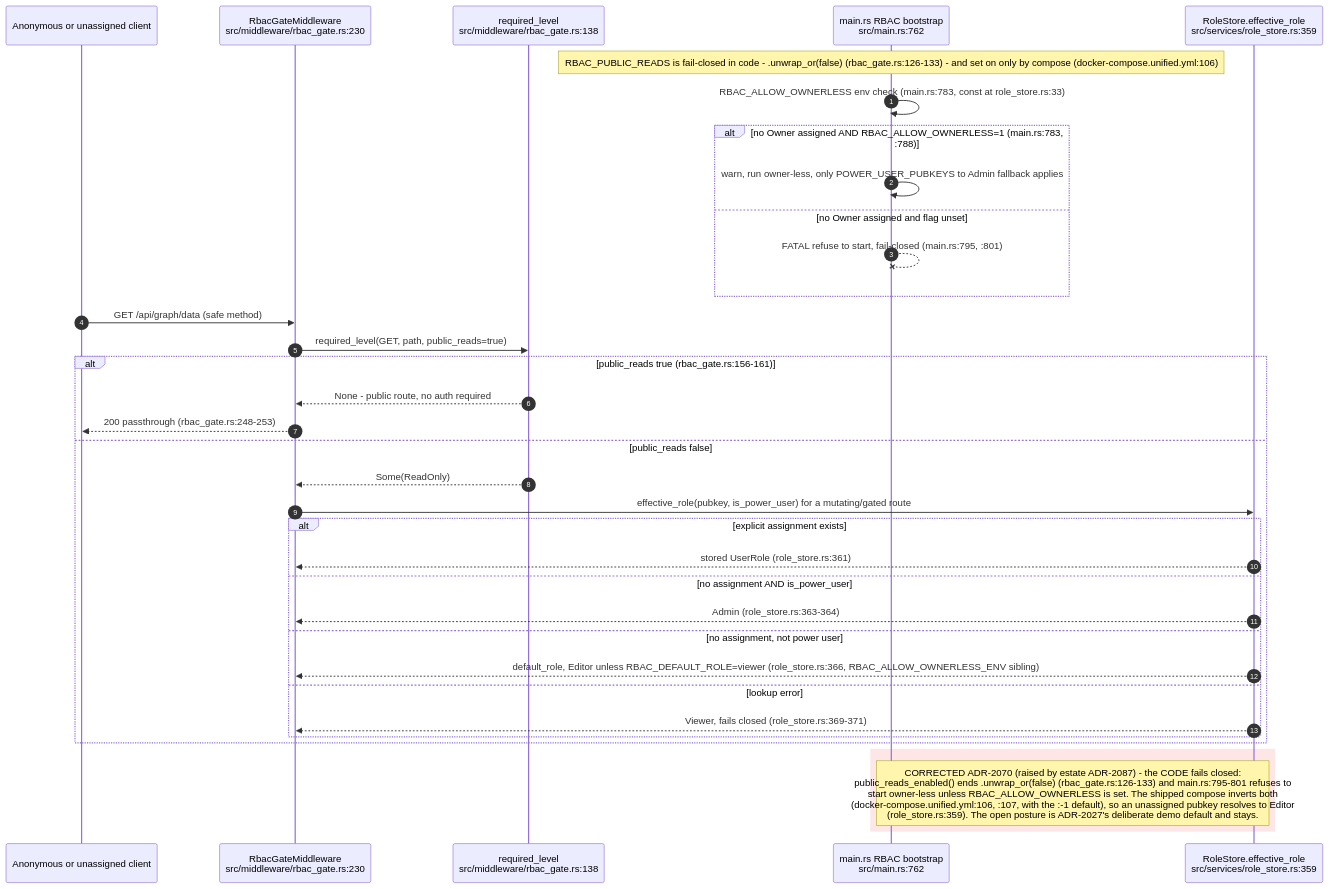
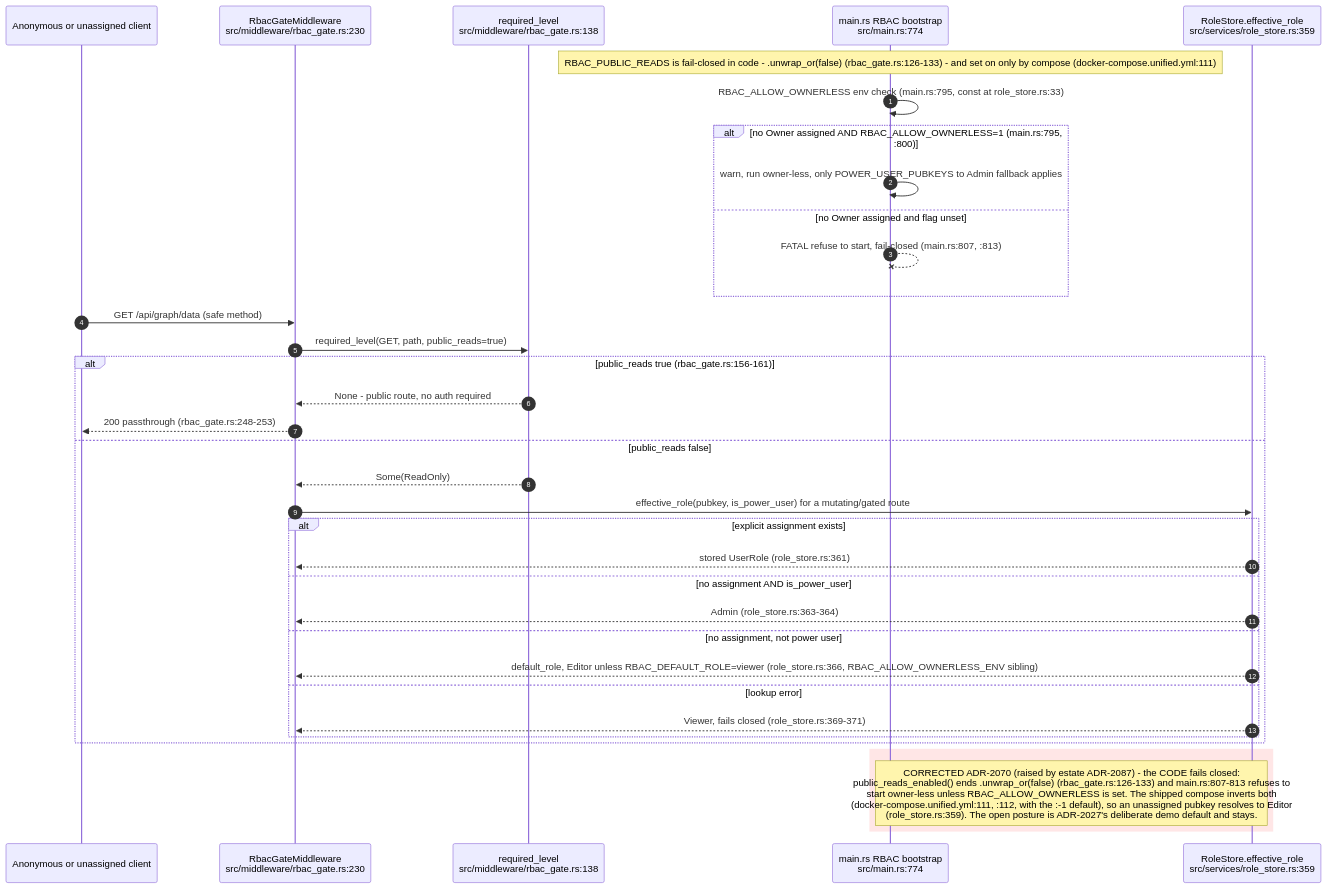
Before and after one commit to DreamLab-AI/VisionFlow: the ninth of 11 diagrams in docs/diagrams/visionclaw/22-data-authority-provenance-erasure.md, drawn with Mermaid. The commit also changed other lines of this file and 26 other files, not shown here.

First line of the commit message:
docs(diagrams): re-verify solid-pod-rs, nostr-rust-forum and visionclaw 22/36 against HEAD

````diff
--- a/docs/diagrams/visionclaw/22-data-authority-provenance-erasure.md
+++ b/docs/diagrams/visionclaw/22-data-authority-provenance-erasure.md
@@ -382,38 +386,38 @@
 ```mermaid
 sequenceDiagram
     autonumber
     participant C as Anonymous or unassigned client
     participant GATE as RbacGateMiddleware<br/>src/middleware/rbac_gate.rs:230
     participant REQ as required_level<br/>src/middleware/rbac_gate.rs:138
-    participant BOOT as main.rs RBAC bootstrap<br/>src/main.rs:762
+    participant BOOT as main.rs RBAC bootstrap<br/>src/main.rs:774
     participant RS as RoleStore.effective_role<br/>src/services/role_store.rs:359
 
-    Note over BOOT: RBAC_PUBLIC_READS is fail-closed in code - .unwrap_or(false) (rbac_gate.rs:126-133) - and set on only by compose (docker-compose.unified.yml:106)
-    BOOT->>BOOT: RBAC_ALLOW_OWNERLESS env check (main.rs:783, const at role_store.rs:33)
-    alt no Owner assigned AND RBAC_ALLOW_OWNERLESS=1 (main.rs:783, :788)
+    Note over BOOT: RBAC_PUBLIC_READS is fail-closed in code - .unwrap_or(false) (rbac_gate.rs:126-133) - and set on only by compose (docker-compose.unified.yml:111)
+    BOOT->>BOOT: RBAC_ALLOW_OWNERLESS env check (main.rs:795, const at role_store.rs:33)
+    alt no Owner assigned AND RBAC_ALLOW_OWNERLESS=1 (main.rs:795, :800)
         BOOT->>BOOT: warn, run owner-less, only POWER_USER_PUBKEYS to Admin fallback applies
     else no Owner assigned and flag unset
-        BOOT--xBOOT: FATAL refuse to start, fail-closed (main.rs:795, :801)
+        BOOT--xBOOT: FATAL refuse to start, fail-closed (main.rs:807, :813)
     end
     C->>GATE: GET /api/graph/data (safe method)
     GATE->>REQ: required_level(GET, path, public_reads=true)
     alt public_reads true (rbac_gate.rs:156-161)
         REQ-->>GATE: None - public route, no auth required
         GATE-->>C: 200 passthrough (rbac_gate.rs:248-253)
     else public_reads false
         REQ-->>GATE: Some(ReadOnly)
         GATE->>RS: effective_role(pubkey, is_power_user) for a mutating/gated route
         alt explicit assignment exists
             RS-->>GATE: stored UserRole (role_store.rs:361)
         else no assignment AND is_power_user
             RS-->>GATE: Admin (role_store.rs:363-364)
         else no assignment, not power user
             RS-->>GATE: default_role, Editor unless RBAC_DEFAULT_ROLE=viewer (role_store.rs:366, RBAC_ALLOW_OWNERLESS_ENV sibling)
         else lookup error
             RS-->>GATE: Viewer, fails closed (role_store.rs:369-371)
         end
     end
     rect rgb(255, 230, 230)
-    Note over BOOT,RS: CORRECTED ADR-2070 (raised by estate ADR-2087) - the CODE fails closed:<br/>public_reads_enabled() ends .unwrap_or(false) (rbac_gate.rs:126-133) and main.rs:795-801 refuses to<br/>start owner-less unless RBAC_ALLOW_OWNERLESS is set. The shipped compose inverts both<br/>(docker-compose.unified.yml:106, :107, with the :-1 default), so an unassigned pubkey resolves to Editor<br/>(role_store.rs:359). The open posture is ADR-2027's deliberate demo default and stays.
+    Note over BOOT,RS: CORRECTED ADR-2070 (raised by estate ADR-2087) - the CODE fails closed:<br/>public_reads_enabled() ends .unwrap_or(false) (rbac_gate.rs:126-133) and main.rs:807-813 refuses to<br/>start owner-less unless RBAC_ALLOW_OWNERLESS is set. The shipped compose inverts both<br/>(docker-compose.unified.yml:111, :112, with the :-1 default), so an unassigned pubkey resolves to Editor<br/>(role_store.rs:359). The open posture is ADR-2027's deliberate demo default and stays.
     end
 ```
````
